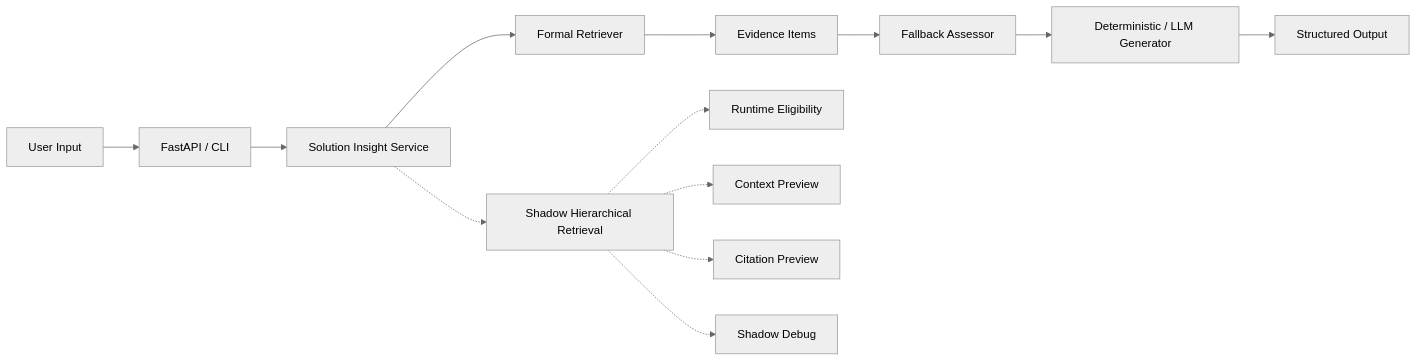
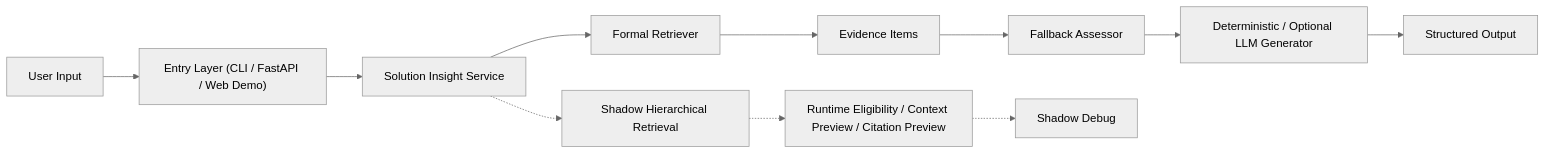
One commit to Martin-DLC/AI-Solution-Sales-Insight-Agent changed the diagram in README.md. Above: the diagram before and after it, drawn with Mermaid (neutral theme). The commit also changed other lines of this file and 6 other files, not shown here.

````diff
--- a/README.md
+++ b/README.md
@@ -55,16 +65,14 @@
 ```mermaid
 flowchart LR
-    U[User Input] --> I[FastAPI / CLI]
-    I --> S[Solution Insight Service]
-    S --> R[Formal Retriever]
-    R --> E[Evidence Items]
-    E --> F[Fallback Assessor]
-    F --> G[Deterministic / LLM Generator]
-    G --> O[Structured Output]
+    U["User Input"] --> E["Entry Layer (CLI / FastAPI / Web Demo)"]
+    E --> S["Solution Insight Service"]
+    S --> R["Formal Retriever"]
+    R --> V["Evidence Items"]
+    V --> F["Fallback Assessor"]
+    F --> G["Deterministic / Optional LLM Generator"]
+    G --> O["Structured Output"]
 
-    S -.-> H[Shadow Hierarchical Retrieval]
-    H -.-> P[Runtime Eligibility]
-    H -.-> C[Context Preview]
-    H -.-> V[Citation Preview]
-    H -.-> D[Shadow Debug]
+    S -.-> H["Shadow Hierarchical Retrieval"]
+    H -.-> C["Runtime Eligibility / Context Preview / Citation Preview"]
+    C -.-> D["Shadow Debug"]
 ```
````
